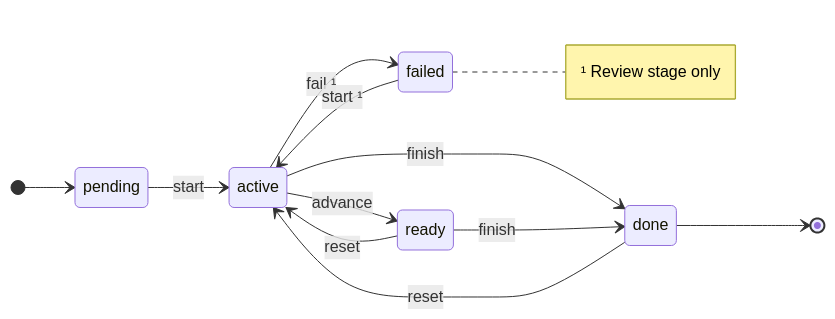
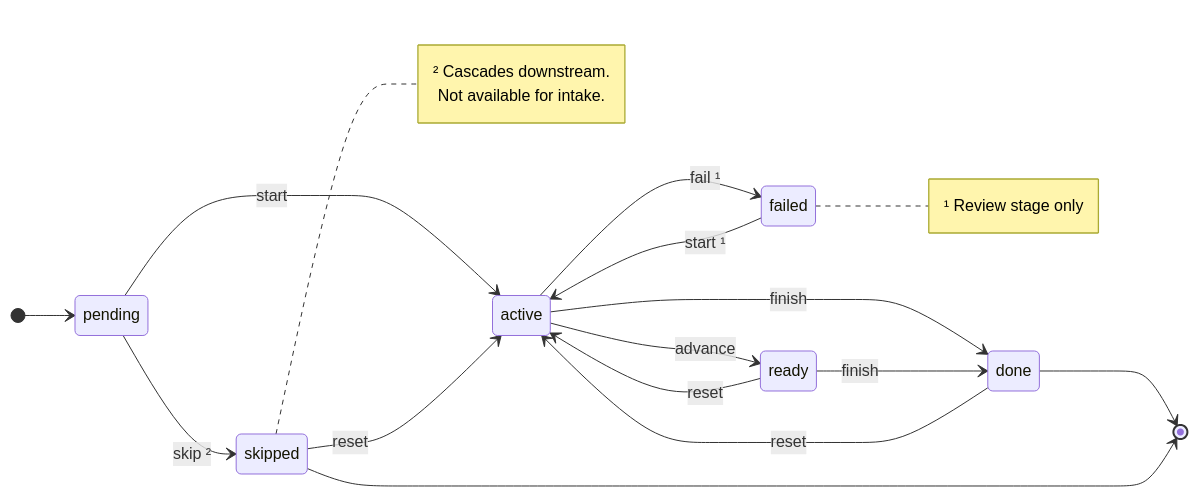
The sixth of 6 diagrams in docs/specs/user-flow.md (sahil87/fab-kit), drawn with Mermaid before and after one commit. The commit also changed other lines of this file and 3 other files, not shown here.

First line of the commit message:
feat: intake for skipped stage state (260228-wyhd)

````diff
--- a/docs/specs/user-flow.md
+++ b/docs/specs/user-flow.md
@@ -262,23 +262,33 @@
 ```mermaid
 stateDiagram-v2
     direction LR
 
     [*] --> pending
     pending --> active: start
+    pending --> skipped: skip ²
 
     active --> ready: advance
     active --> done: finish
     active --> failed: fail ¹
 
     failed --> active: start ¹
 
     ready --> done: finish
     ready --> active: reset
 
     done --> active: reset
     done --> [*]
 
+    skipped --> active: reset
+    skipped --> [*]
+
     note right of failed
         ¹ Review stage only
     end note
+
+    note right of skipped
+        ² Cascades downstream.
+           Not available for intake.
+    end note
+
 ```
````
